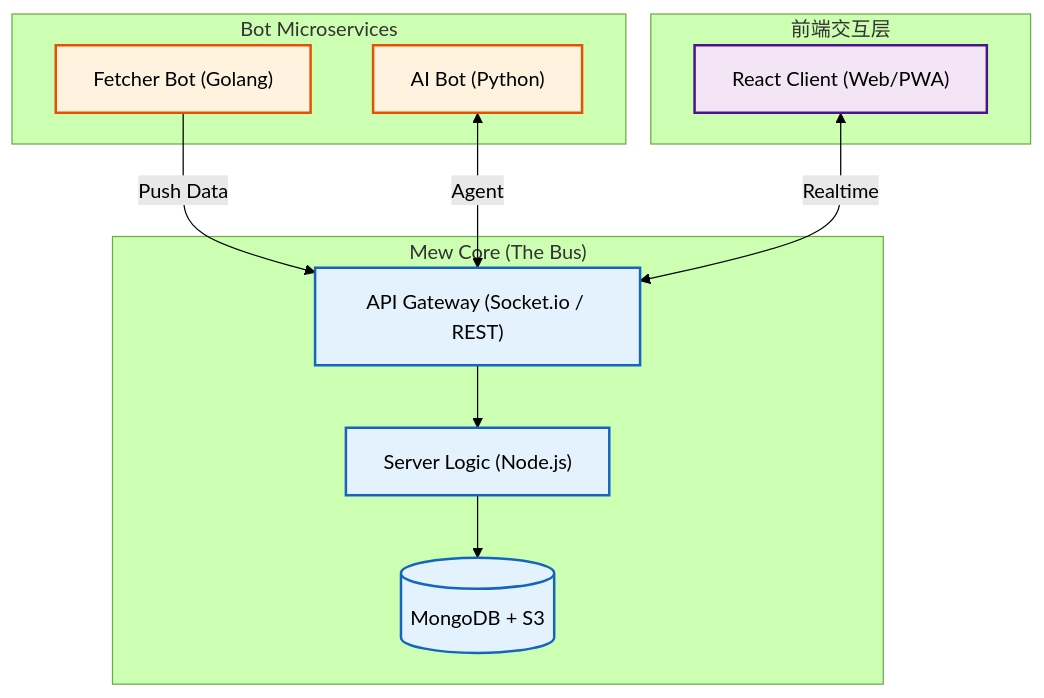
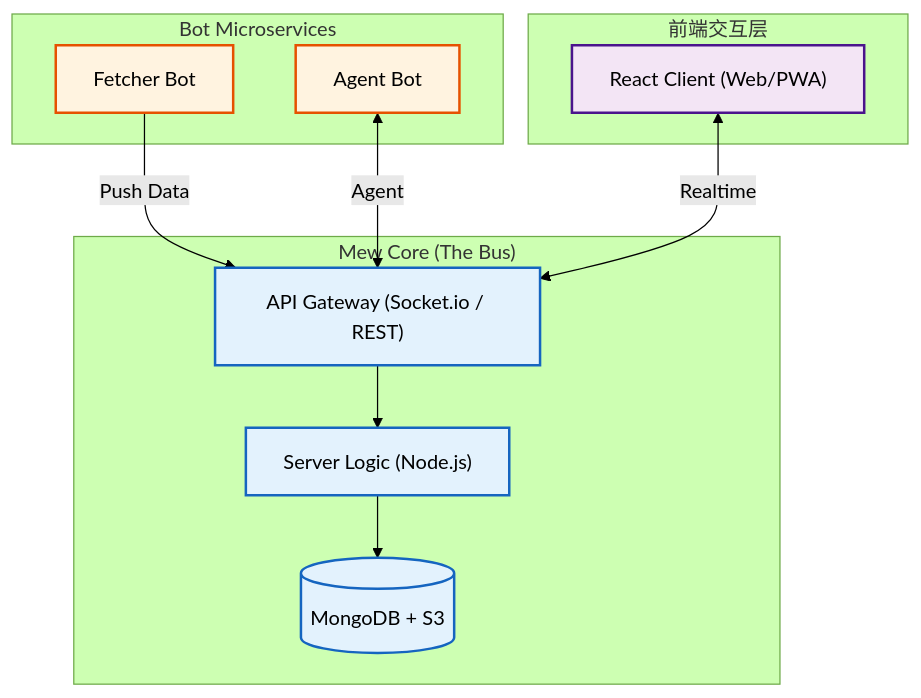
Before and after one commit to U1805/mew: the diagram in website/docs/start/introduction.md, drawn with Mermaid (forest theme). The commit also changed other lines of this file and 20 other files, not shown here.

`````diff
--- a/website/docs/start/introduction.md
+++ b/website/docs/start/introduction.md
@@ -48,28 +48,28 @@
 ```mermaid
 graph TD
     %% Styling
     classDef core fill:#e3f2fd,stroke:#1565c0,stroke-width:2px
     classDef ext fill:#fff3e0,stroke:#e65100,stroke-width:2px
     classDef client fill:#f3e5f5,stroke:#4a148c,stroke-width:2px
 
     subgraph Client ["前端交互层"]
         UI["React Client (Web/PWA)"]:::client
     end
 
     subgraph Platform ["Mew Core (The Bus)"]
         Gateway["API Gateway (Socket.io / REST)"]:::core
         Server["Server Logic (Node.js)"]:::core
         DB[("MongoDB + S3")]:::core
     end
 
     subgraph Services ["Bot Microservices"]
-        GoBot["Fetcher Bot (Golang)"]:::ext
-        PyBot["AI Bot (Python)"]:::ext
+        FetcherBot["Fetcher Bot"]:::ext
+        AgentBot["Agent Bot"]:::ext
     end
 
     %% Flow
-    GoBot -->|Push Data| Gateway
-    PyBot <-->|Agent| Gateway
+    FetcherBot -->|Push Data| Gateway
+    AgentBot <-->|Agent| Gateway
     UI <-->|Realtime| Gateway
     Gateway --> Server --> DB
 ````
`````
